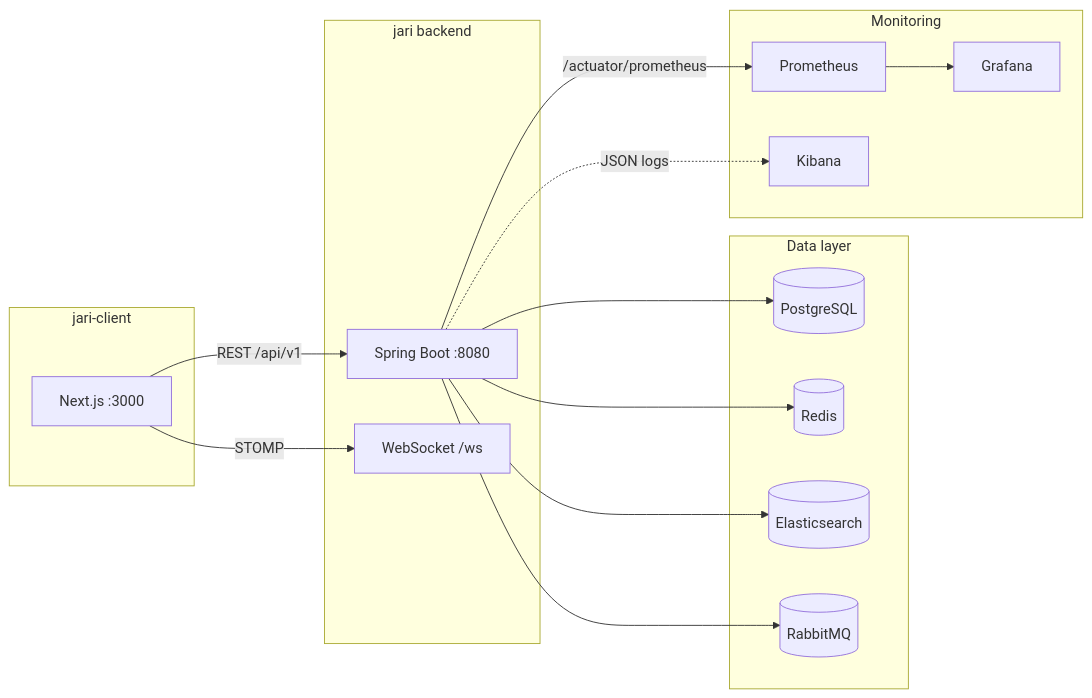
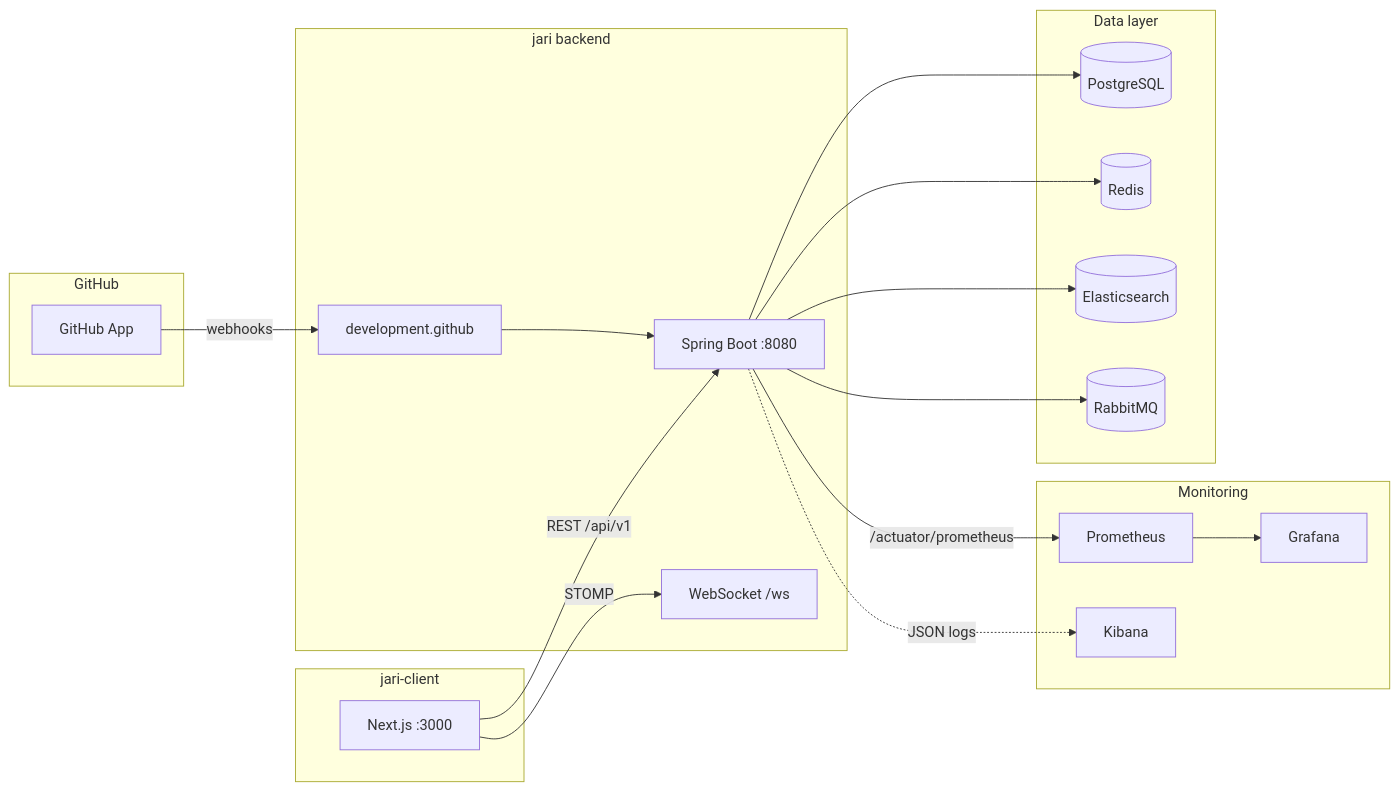
The first of 2 diagrams in README.md (phihocnguyen/jari), drawn with Mermaid before and after one commit. The commit also changed other lines of this file and 30 other files, not shown here.

First line of the commit message:
feat(development): add GitHub App integration and require JWT auth

````diff
--- a/README.md
+++ b/README.md
@@ -45,34 +46,41 @@
 ```mermaid
 flowchart LR
   subgraph client [jari-client]
     FE[Next.js :3000]
   end
 
   subgraph backend [jari backend]
     API[Spring Boot :8080]
     WS[WebSocket /ws]
+    Dev[development.github]
   end
 
   subgraph data [Data layer]
     PG[(PostgreSQL)]
     RD[(Redis)]
     ES[(Elasticsearch)]
     MQ[(RabbitMQ)]
+  end
+
+  subgraph githubCloud [GitHub]
+    GHApp[GitHub App]
   end
 
   subgraph observability [Monitoring]
     PR[Prometheus]
     GF[Grafana]
     KB[Kibana]
   end
 
   FE -->|REST /api/v1| API
   FE -->|STOMP| WS
+  GHApp -->|webhooks| Dev
+  Dev --> API
   API --> PG
   API --> RD
   API --> ES
   API --> MQ
   API -->|/actuator/prometheus| PR
   PR --> GF
   API -.->|JSON logs| KB
 ```
````
